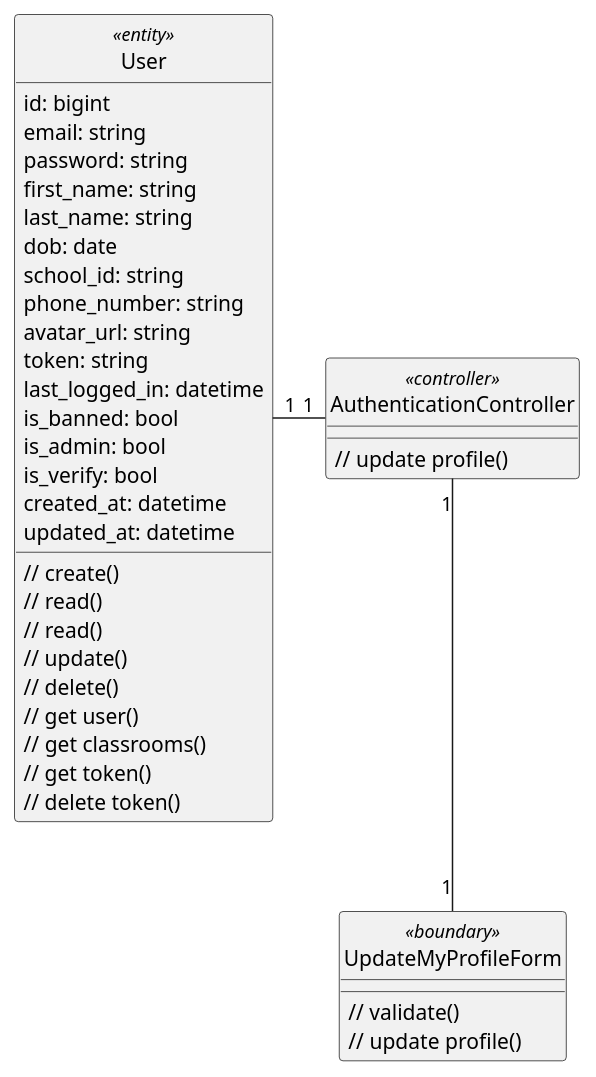
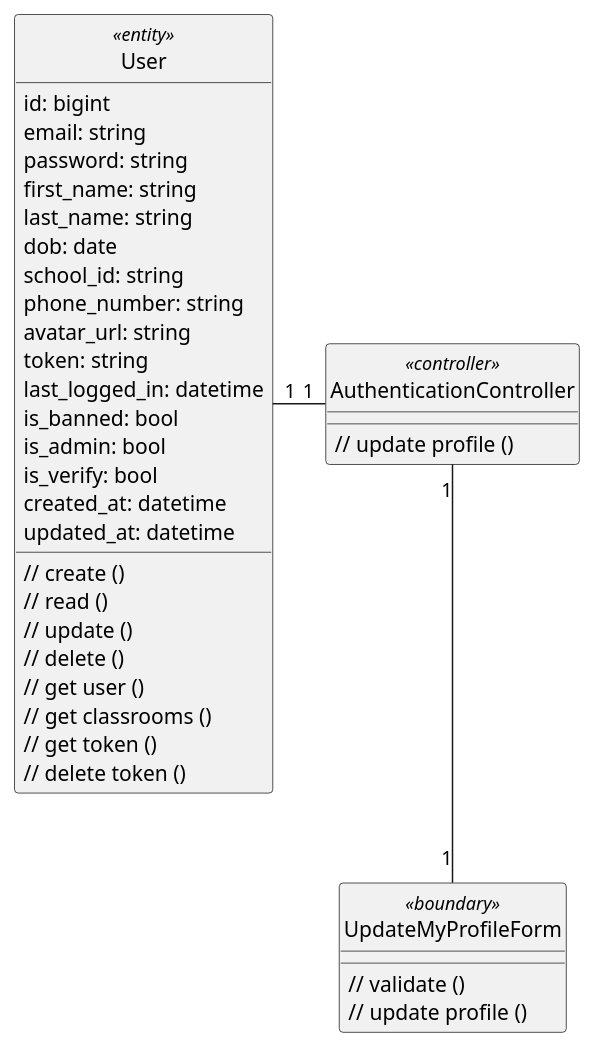
One commit to anonyhostvn/OOAD-Diagram changed the diagram in class - analysis/authentication/updateMyProfile.plantuml. Above: the diagram before and after it, drawn with PlantUML. The commit also changed 6 other files, not shown here.

```diff
--- a/class - analysis/authentication/updateMyProfile.plantuml
+++ b/class - analysis/authentication/updateMyProfile.plantuml
@@ -1,50 +1,49 @@
 @startuml login
 
 class User <<entity>> {
     id: bigint
     email: string
     password: string
     first_name: string
     last_name: string
     dob: date
     school_id: string
     phone_number: string
     avatar_url: string
     token: string
     last_logged_in: datetime
     is_banned: bool
     is_admin: bool
     is_verify: bool
     created_at: datetime
     updated_at: datetime
 
-    // create()
-    // read()
-    // read()
-    // update()
-    // delete()
-    // get user()
-    // get classrooms()
-    // get token()
-    // delete token()
+    // create ()
+    // read ()
+    // update ()
+    // delete ()
+    // get user ()
+    // get classrooms ()
+    // get token ()
+    // delete token ()
 }
 
 class UpdateMyProfileForm <<boundary>> {
-    // validate()
-    // update profile()
+    // validate ()
+    // update profile ()
 }
 
 class AuthenticationController <<controller>> {
-    // update profile()
+    // update profile ()
 }
 
 hide User <<entity>> circle
 hide UpdateMyProfileForm <<boundary>> circle
 hide AuthenticationController <<controller>> circle
 
 AuthenticationController "1" -left- "1" User
 AuthenticationController "1" -down- "1" UpdateMyProfileForm
 
 
 
 @enduml
```
